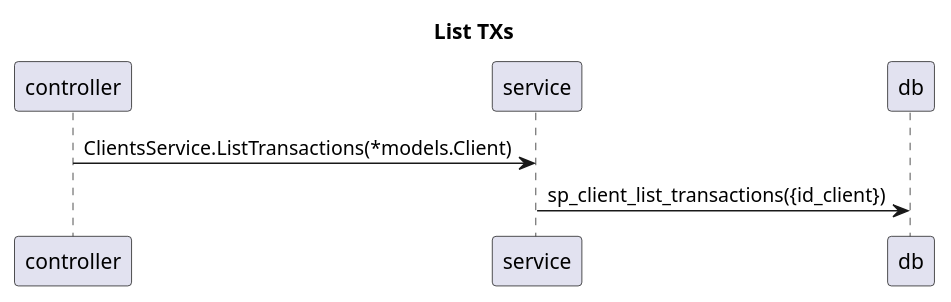
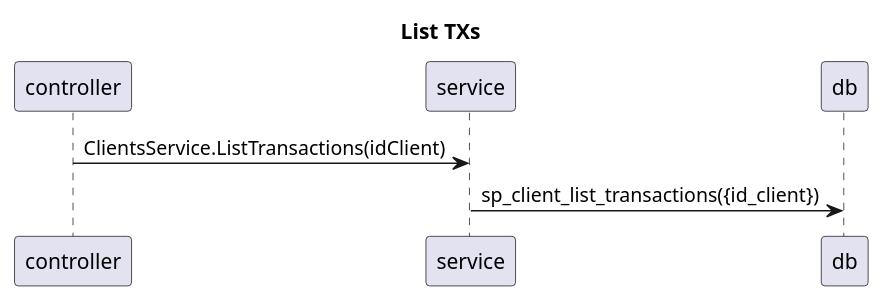
Before and after one commit to Farber98/vagas: the diagram in internal/docs/sequenceDiagrams/listTxs.puml, drawn with PlantUML. The commit also changed 8 other files, not shown here.

Commit message:
Added services that call stored procedures. Corrected diagrams.

```diff
--- a/internal/docs/sequenceDiagrams/listTxs.puml
+++ b/internal/docs/sequenceDiagrams/listTxs.puml
@@ -1,6 +1,6 @@
 @startuml
 title List TXs
 skinparam responseMessageBelowArrow true
-controller -> service : ClientsService.ListTransactions(*models.Client)
+controller -> service : ClientsService.ListTransactions(idClient)
 service -> db : sp_client_list_transactions({id_client})
 @enduml
```
